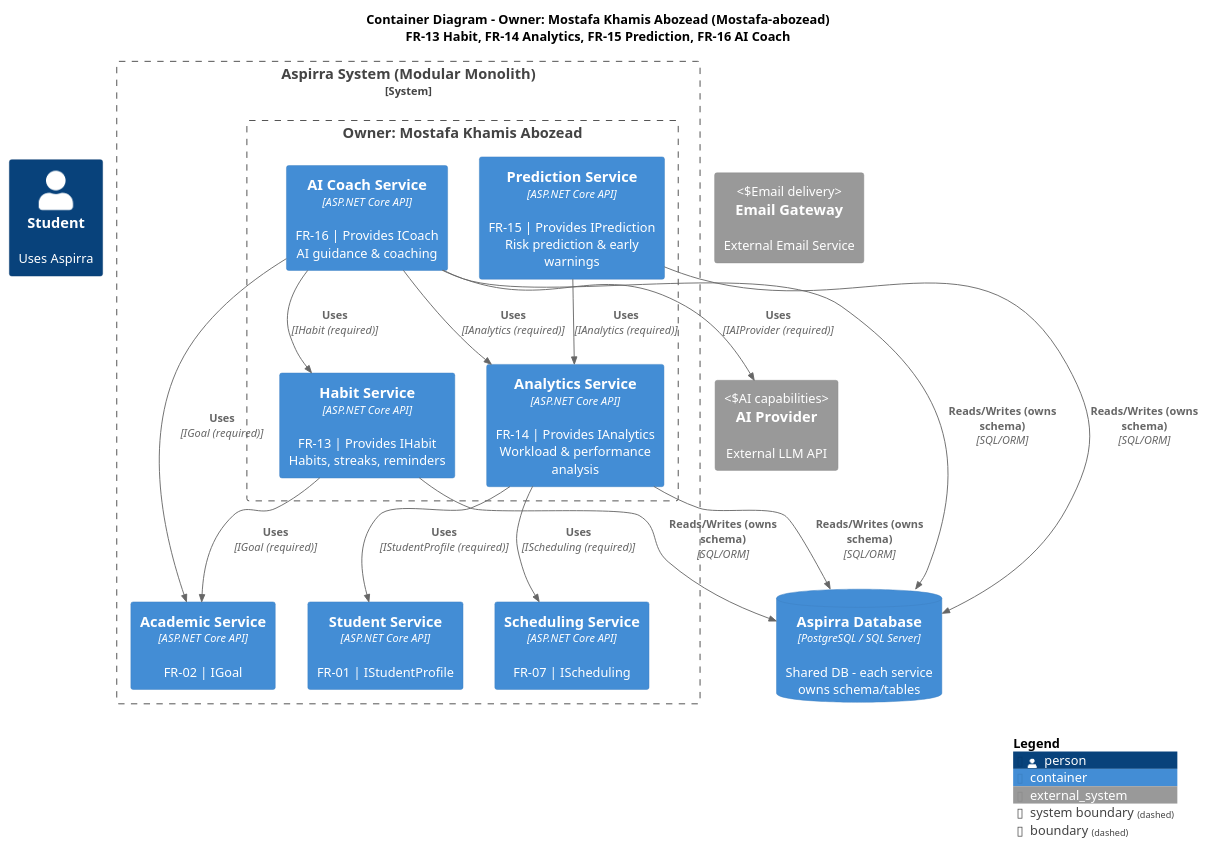
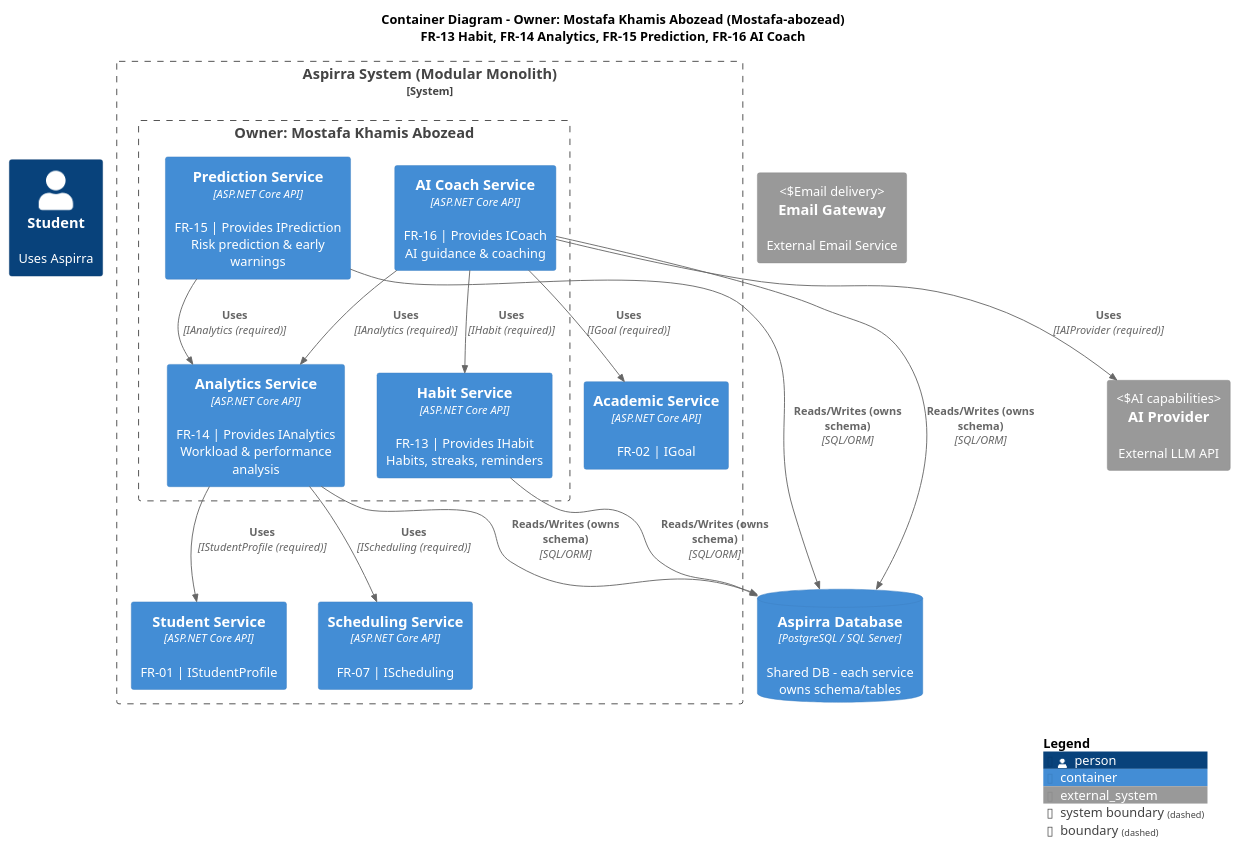
Before and after one commit to AIU-SoftWave/Aspirra: the diagram in docs/PM1/Part A — Design/Container Diagrams/split/Container-Diagram-Mostafa.puml, drawn with PlantUML. The commit also changed 251 other files, not shown here.

```diff
--- a/docs/PM1/Part A — Design/Container Diagrams/split/Container-Diagram-Mostafa.puml
+++ b/docs/PM1/Part A — Design/Container Diagrams/split/Container-Diagram-Mostafa.puml
@@ -1,43 +1,42 @@
 @startuml Aspirra-Container-Diagram-Mostafa
 !include https://raw.githubusercontent.com/plantuml-stdlib/C4-PlantUML/master/C4_Container.puml
 
 LAYOUT_WITH_LEGEND()
 
 title Container Diagram - Owner: Mostafa Khamis Abozead (Mostafa-abozead)\nFR-13 Habit, FR-14 Analytics, FR-15 Prediction, FR-16 AI Coach
 
 Person(student, "Student", "Uses Aspirra")
 
 System_Boundary(aspirra, "Aspirra System (Modular Monolith)") {
   Boundary(mostafa, "Owner: Mostafa Khamis Abozead") {
     Container(habitSvc, "Habit Service", "ASP.NET Core API", "FR-13 | Provides IHabit\nHabits, streaks, reminders")
     Container(analyticsSvc, "Analytics Service", "ASP.NET Core API", "FR-14 | Provides IAnalytics\nWorkload & performance analysis")
     Container(predictionSvc, "Prediction Service", "ASP.NET Core API", "FR-15 | Provides IPrediction\nRisk prediction & early warnings")
     Container(aiCoachSvc, "AI Coach Service", "ASP.NET Core API", "FR-16 | Provides ICoach\nAI guidance & coaching")
   }
   
   Container(academicSvc, "Academic Service", "ASP.NET Core API", "FR-02 | IGoal")
   Container(studentSvc, "Student Service", "ASP.NET Core API", "FR-01 | IStudentProfile")
   Container(schedulingSvc, "Scheduling Service", "ASP.NET Core API", "FR-07 | IScheduling")
 }
 
 System_Ext(aiProvider, "AI Provider", "External LLM API", "AI capabilities")
 System_Ext(emailGateway, "Email Gateway", "External Email Service", "Email delivery")
 ContainerDb(sharedDb, "Aspirra Database", "PostgreSQL / SQL Server", "Shared DB - each service owns schema/tables")
 
-Rel(habitSvc, academicSvc, "Uses", "IGoal (required)")
 Rel(analyticsSvc, studentSvc, "Uses", "IStudentProfile (required)")
 Rel(analyticsSvc, schedulingSvc, "Uses", "IScheduling (required)")
 Rel(predictionSvc, analyticsSvc, "Uses", "IAnalytics (required)")
 Rel(aiCoachSvc, academicSvc, "Uses", "IGoal (required)")
 Rel(aiCoachSvc, habitSvc, "Uses", "IHabit (required)")
 Rel(aiCoachSvc, analyticsSvc, "Uses", "IAnalytics (required)")
 Rel(aiCoachSvc, aiProvider, "Uses", "IAIProvider (required)")
 
 Rel(habitSvc, sharedDb, "Reads/Writes (owns schema)", "SQL/ORM")
 Rel(analyticsSvc, sharedDb, "Reads/Writes (owns schema)", "SQL/ORM")
 Rel(predictionSvc, sharedDb, "Reads/Writes (owns schema)", "SQL/ORM")
 Rel(aiCoachSvc, sharedDb, "Reads/Writes (owns schema)", "SQL/ORM")
 
 SHOW_LEGEND()
 
 @enduml
```
